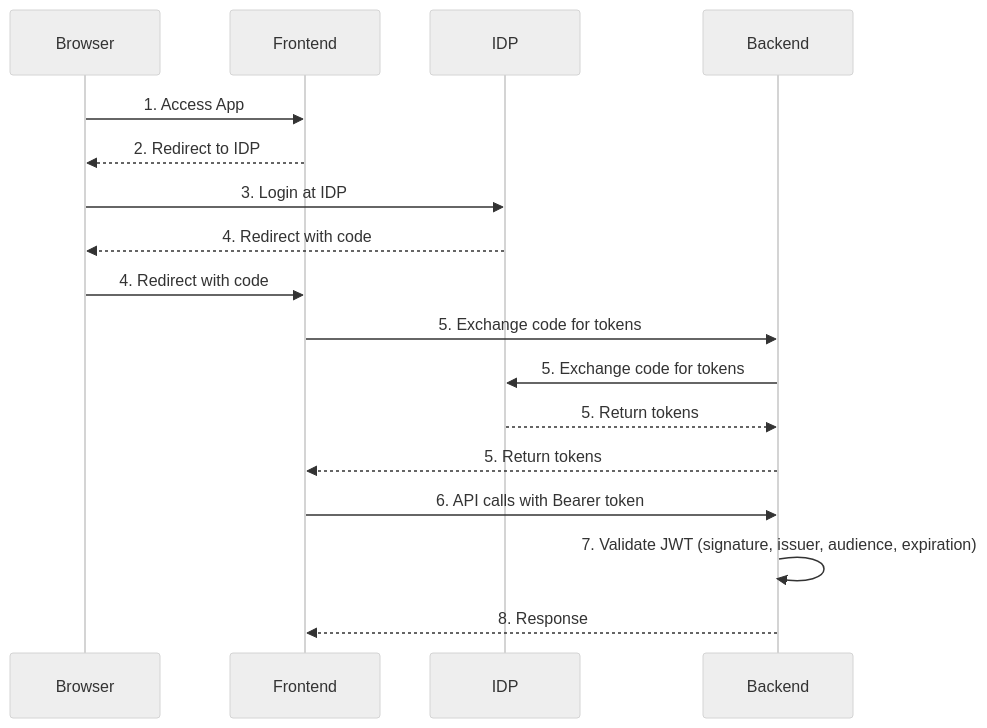
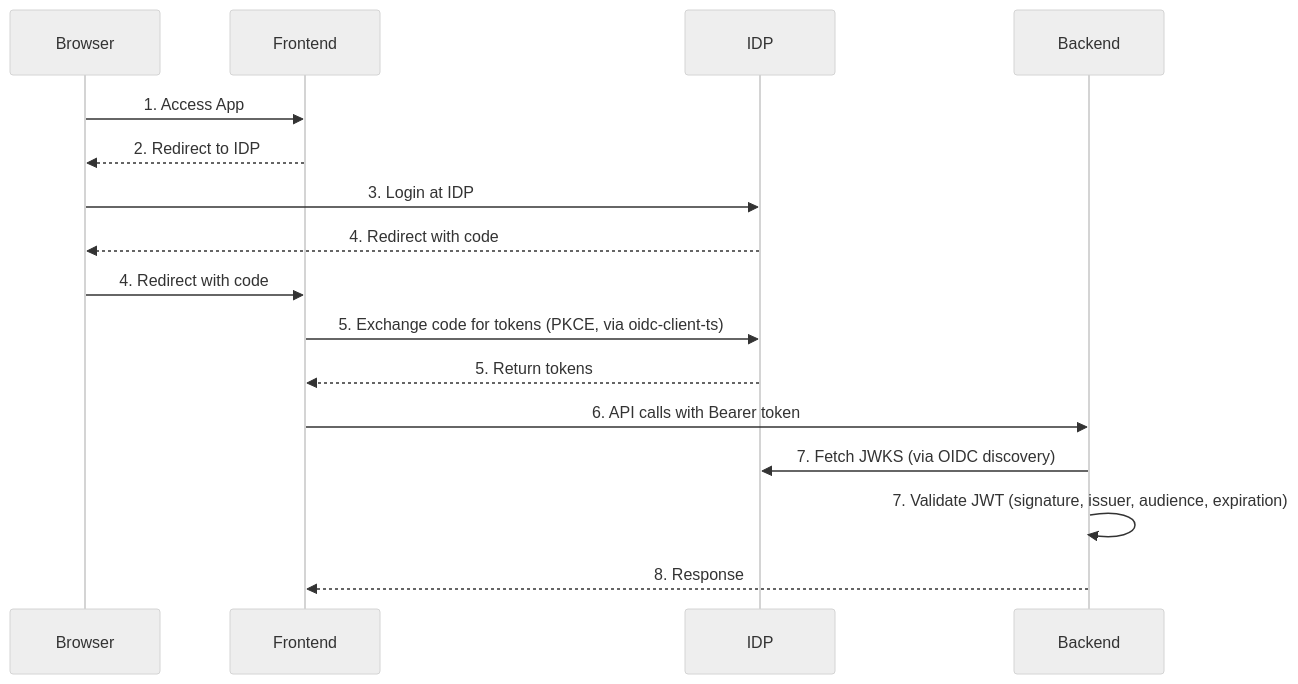
One commit to ghmer/rego-adventure changed the diagram in AUTHENTICATION.md. Above: the diagram before and after it, drawn with Mermaid (neutral theme). The commit also changed other lines of this file and 3 other files, not shown here.

````diff
--- a/AUTHENTICATION.md
+++ b/AUTHENTICATION.md
@@ -20,20 +20,19 @@
 ```mermaid
 sequenceDiagram
     participant B as Browser
     participant F as Frontend
     participant I as IDP
     participant Be as Backend
 
     B->>F: 1. Access App
     F-->>B: 2. Redirect to IDP
     B->>I: 3. Login at IDP
     I-->>B: 4. Redirect with code
     B->>F: 4. Redirect with code
-    F->>Be: 5. Exchange code for tokens
-    Be->>I: 5. Exchange code for tokens
-    I-->>Be: 5. Return tokens
-    Be-->>F: 5. Return tokens
+    F->>I: 5. Exchange code for tokens (PKCE, via oidc-client-ts)
+    I-->>F: 5. Return tokens
     F->>Be: 6. API calls with Bearer token
+    Be->>I: 7. Fetch JWKS (via OIDC discovery)
     Be->>Be: 7. Validate JWT (signature, issuer, audience, expiration)
     Be-->>F: 8. Response
 ```
````
